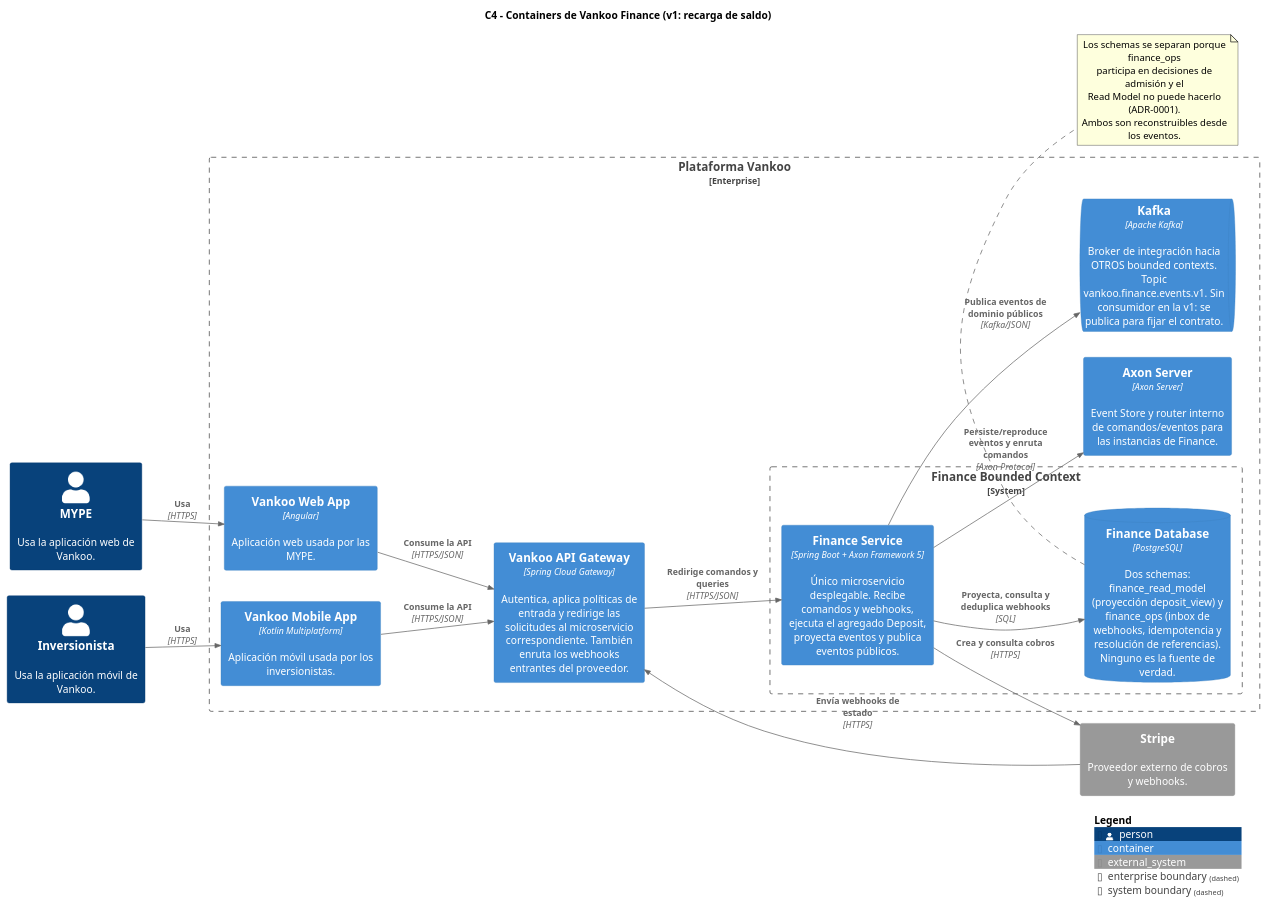
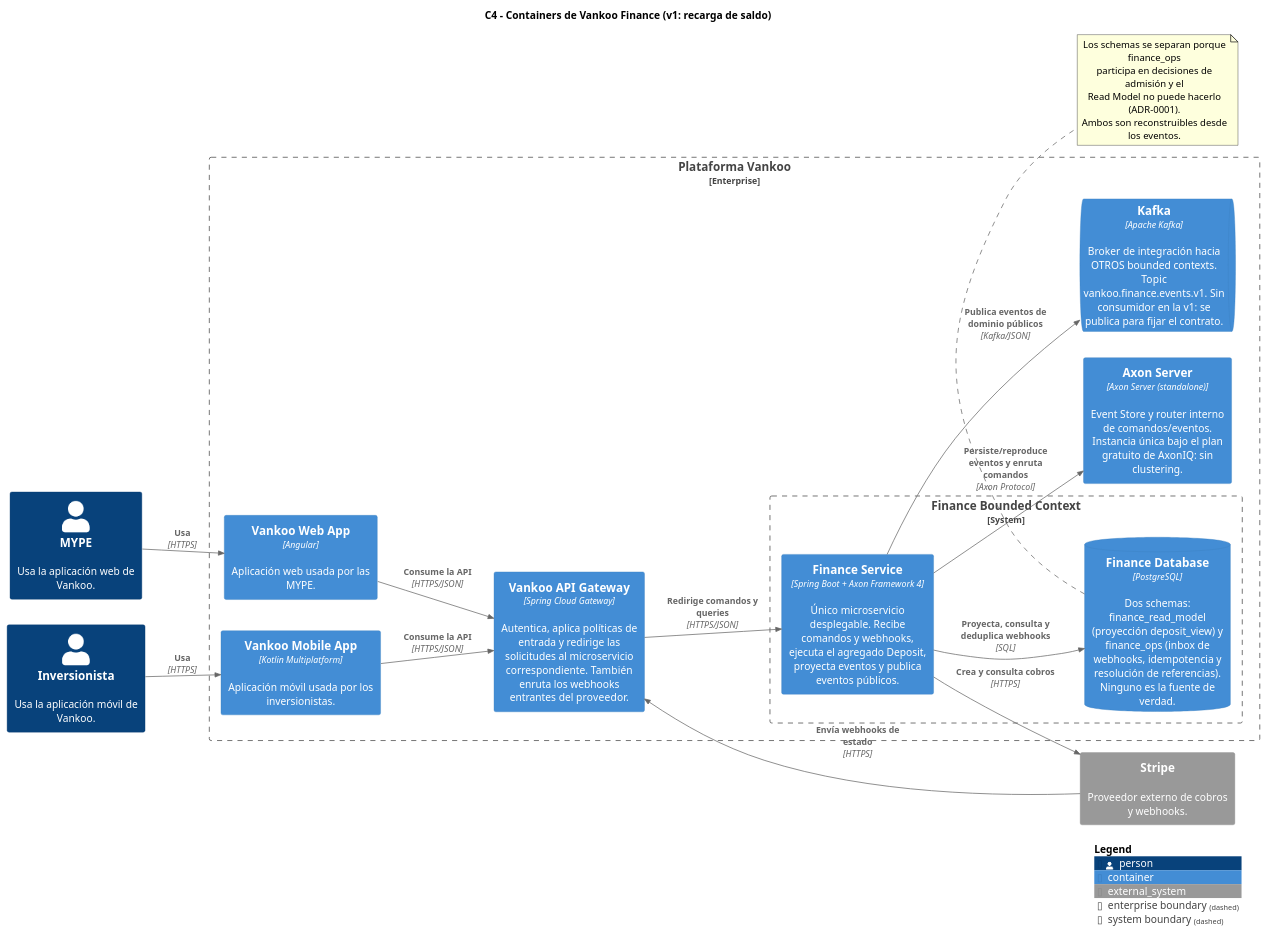
One commit to liquilabshq/vankoo-finance-service changed the diagram in docs/architecture/finance-c4-containers.puml. Above: the diagram before and after it, drawn with PlantUML. The commit also changed 8 other files, not shown here.

```diff
--- a/docs/architecture/finance-c4-containers.puml
+++ b/docs/architecture/finance-c4-containers.puml
@@ -1,51 +1,51 @@
 @startuml finance-c4-containers
 
 !include https://raw.githubusercontent.com/plantuml-stdlib/C4-PlantUML/master/C4_Container.puml
 
 LAYOUT_LEFT_RIGHT()
 LAYOUT_WITH_LEGEND()
 
 title C4 - Containers de Vankoo Finance (v1: recarga de saldo)
 
 Person(mype, "MYPE", "Usa la aplicación web de Vankoo.")
 Person(investor, "Inversionista", "Usa la aplicación móvil de Vankoo.")
 
 System_Ext(stripe, "Stripe", "Proveedor externo de cobros y webhooks.")
 
 Enterprise_Boundary(vankoo, "Plataforma Vankoo") {
     Container(web_app, "Vankoo Web App", "Angular", "Aplicación web usada por las MYPE.")
     Container(mobile_app, "Vankoo Mobile App", "Kotlin Multiplatform", "Aplicación móvil usada por los inversionistas.")
     Container(api_gateway, "Vankoo API Gateway", "Spring Cloud Gateway", "Autentica, aplica políticas de entrada y redirige las solicitudes al microservicio correspondiente. También enruta los webhooks entrantes del proveedor.")
 
     System_Boundary(finance_system, "Finance Bounded Context") {
-        Container(finance_service, "Finance Service", "Spring Boot + Axon Framework 5", "Único microservicio desplegable. Recibe comandos y webhooks, ejecuta el agregado Deposit, proyecta eventos y publica eventos públicos.")
+        Container(finance_service, "Finance Service", "Spring Boot + Axon Framework 4", "Único microservicio desplegable. Recibe comandos y webhooks, ejecuta el agregado Deposit, proyecta eventos y publica eventos públicos.")
         ContainerDb(finance_db, "Finance Database", "PostgreSQL", "Dos schemas: finance_read_model (proyección deposit_view) y finance_ops (inbox de webhooks, idempotencia y resolución de referencias). Ninguno es la fuente de verdad.")
     }
 
-    Container(axon_server, "Axon Server", "Axon Server", "Event Store y router interno de comandos/eventos para las instancias de Finance.")
+    Container(axon_server, "Axon Server", "Axon Server (standalone)", "Event Store y router interno de comandos/eventos. Instancia única bajo el plan gratuito de AxonIQ: sin clustering.")
     ContainerQueue(kafka, "Kafka", "Apache Kafka", "Broker de integración hacia OTROS bounded contexts. Topic vankoo.finance.events.v1. Sin consumidor en la v1: se publica para fijar el contrato.")
 }
 
 Rel(mype, web_app, "Usa", "HTTPS")
 Rel(investor, mobile_app, "Usa", "HTTPS")
 Rel(web_app, api_gateway, "Consume la API", "HTTPS/JSON")
 Rel(mobile_app, api_gateway, "Consume la API", "HTTPS/JSON")
 Rel(api_gateway, finance_service, "Redirige comandos y queries", "HTTPS/JSON")
 
 Rel(stripe, api_gateway, "Envía webhooks de estado", "HTTPS")
 Rel(finance_service, stripe, "Crea y consulta cobros", "HTTPS")
 
 Rel(finance_service, axon_server, "Persiste/reproduce eventos y enruta comandos", "Axon Protocol")
 Rel(finance_service, finance_db, "Proyecta, consulta y deduplica webhooks", "SQL")
 Rel(finance_service, kafka, "Publica eventos de dominio públicos", "Kafka/JSON")
 
 note bottom of finance_db
   Los schemas se separan porque finance_ops
   participa en decisiones de admisión y el
   Read Model no puede hacerlo (ADR-0001).
   Ambos son reconstruibles desde los eventos.
 end note
 
 SHOW_LEGEND()
 
 @enduml
```
